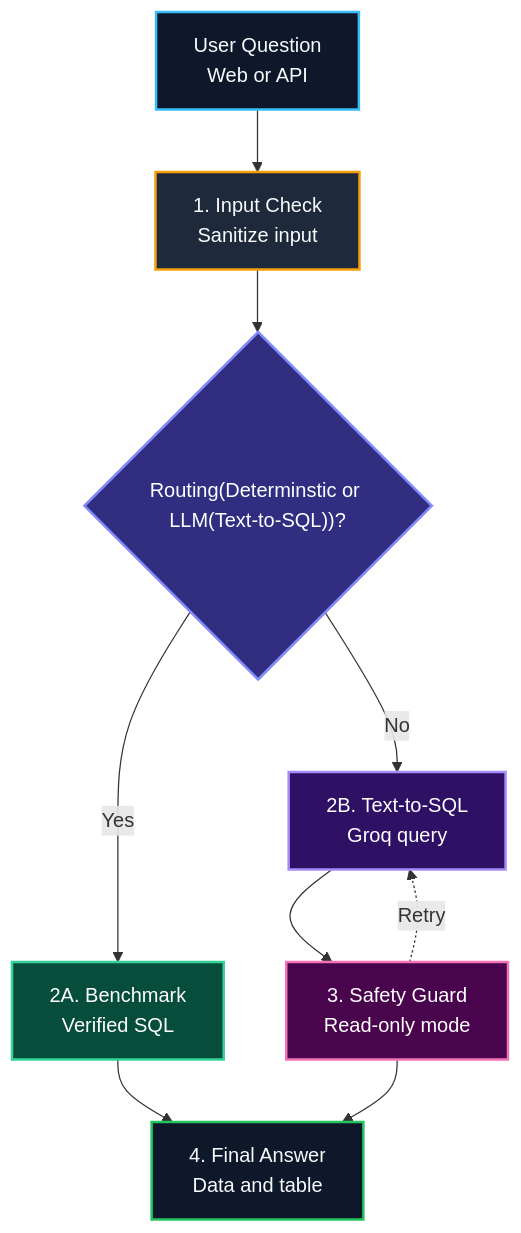
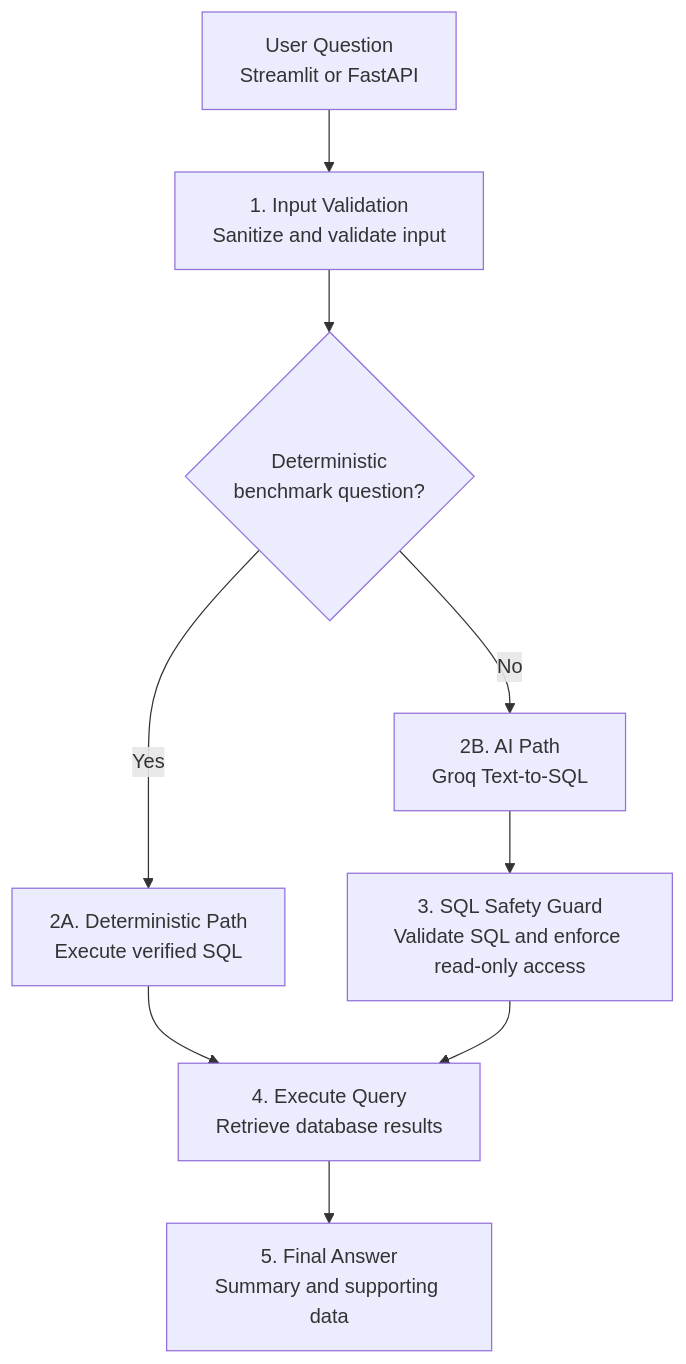
The diagram in README.md (MDsaabiq/RSG-assignment), drawn with Mermaid before and after one commit.

Commit message:
added readme updates

````diff
--- a/README.md
+++ b/README.md
@@ -96,27 +96,31 @@
 ```mermaid
+
 flowchart TD
-    User["User Question<br/>Web or API"]
-    InputCheck["1. Input Check<br/>Sanitize input"]
-    Router{"Routing(Determinstic or LLM(Text-to-SQL))?"}
-    FastTrack["2A. Benchmark<br/>Verified SQL"]
-    AIQuery["2B. Text-to-SQL<br/>Groq query"]
-    SafetyCheck["3. Safety Guard<br/>Read-only mode"]
-    Answer["4. Final Answer<br/>Data and table"]
+    User["User Question<br/>Streamlit or FastAPI"]
+    InputCheck["1. Input Validation<br/>Sanitize and validate input"]
+
+    Router{"Deterministic<br/>benchmark question?"}
+
+    FastTrack["2A. Deterministic Path<br/>Execute verified SQL"]
+
+    AIQuery["2B. AI Path<br/>Groq Text-to-SQL"]
+
+    SafetyCheck["3. SQL Safety Guard<br/>Validate SQL and enforce read-only access"]
+
+    Execute["4. Execute Query<br/>Retrieve database results"]
+
+    Answer["5. Final Answer<br/>Summary and supporting data"]
 
     User --> InputCheck
     InputCheck --> Router
+
     Router -->|Yes| FastTrack
     Router -->|No| AIQuery
+
+    FastTrack --> Execute
     AIQuery --> SafetyCheck
-    SafetyCheck -.->|Retry| AIQuery
-    FastTrack --> Answer
-    SafetyCheck --> Answer
+    SafetyCheck --> Execute
 
-    style User fill:#0f172a,stroke:#38bdf8,stroke-width:2px,color:#f8fafc
-    style InputCheck fill:#1e293b,stroke:#f59e0b,stroke-width:2px,color:#f8fafc
-    style Router fill:#312e81,stroke:#818cf8,stroke-width:2px,color:#ffffff
-    style FastTrack fill:#064e3b,stroke:#34d399,stroke-width:2px,color:#ffffff
-    style AIQuery fill:#2e1065,stroke:#a78bfa,stroke-width:2px,color:#ffffff
-    style SafetyCheck fill:#4a044e,stroke:#f472b6,stroke-width:2px,color:#ffffff
-    style Answer fill:#0f172a,stroke:#22c55e,stroke-width:2px,color:#f8fafc
+    Execute --> Answer
+
 ```
````
